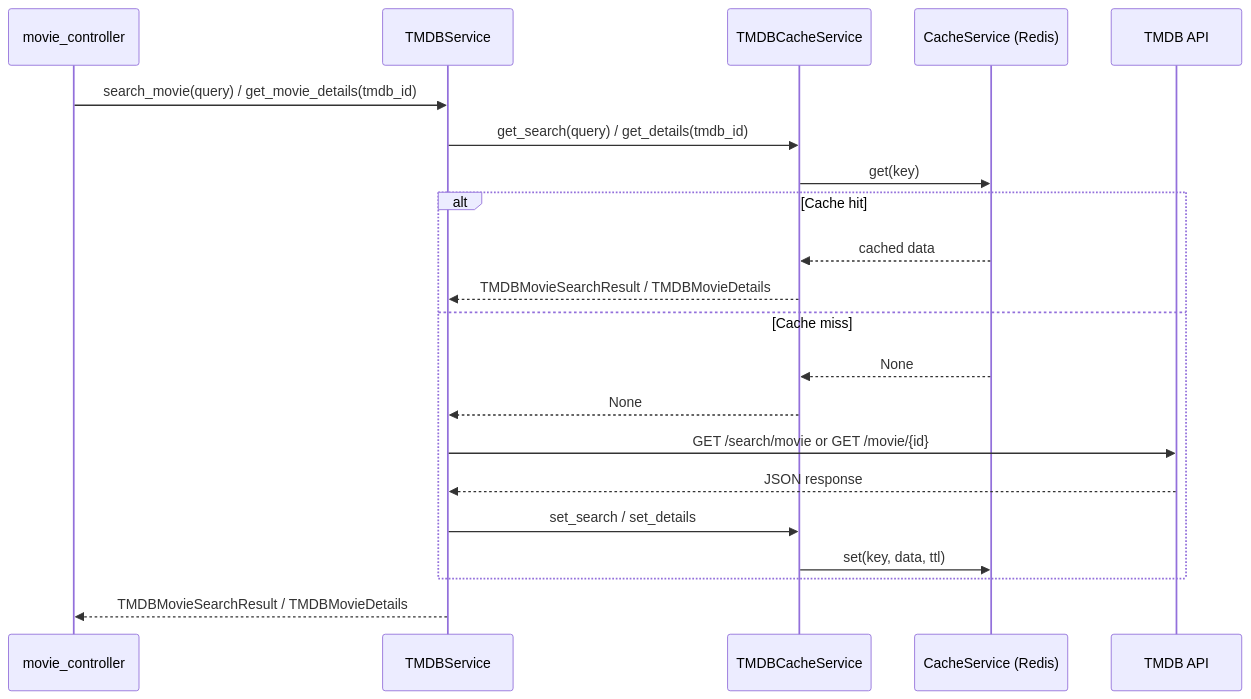
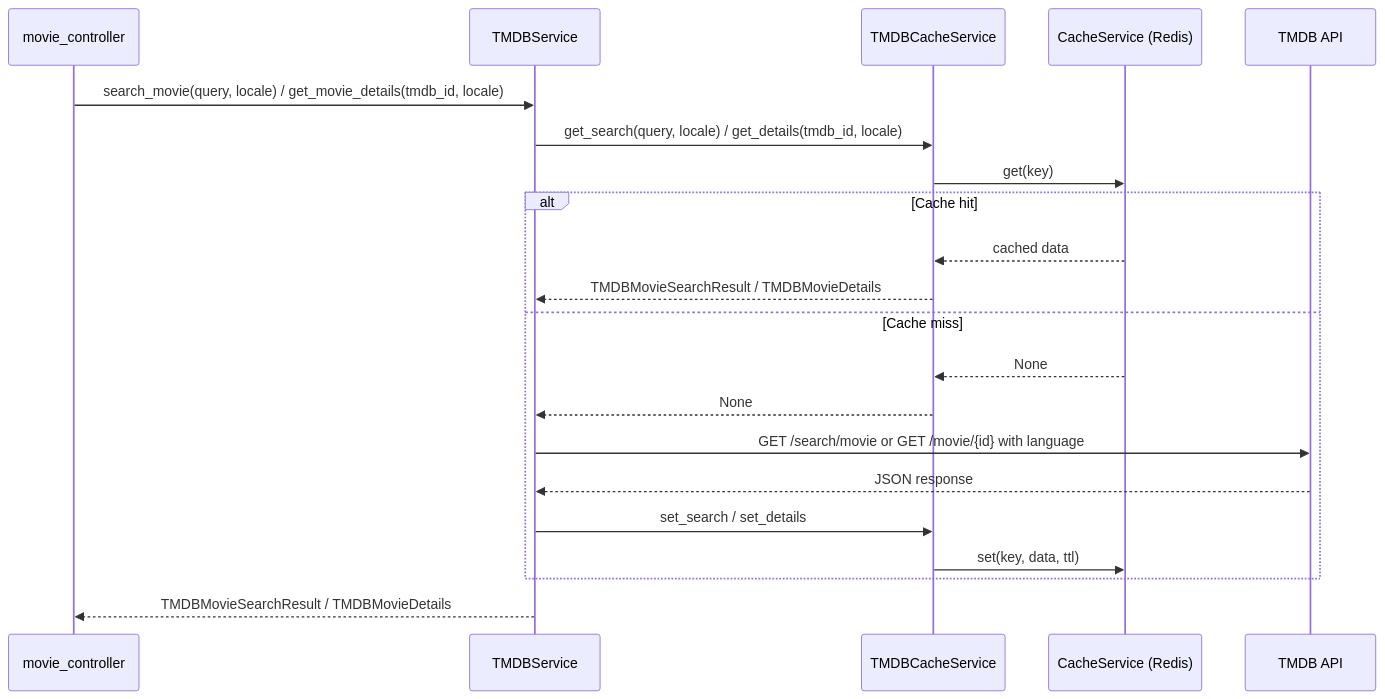
One commit to benincasantonio/cinelog_server changed the first of 2 diagrams in docs/technical/tmdb-service.md. Above: the diagram before and after it, drawn with Mermaid. The commit also changed other lines of this file and 48 other files, not shown here.

Commit message:
feat(localization): persist user locale and localize TMDB

````diff
--- a/docs/technical/tmdb-service.md
+++ b/docs/technical/tmdb-service.md
@@ -33,24 +33,24 @@
 ```mermaid
 sequenceDiagram
     participant Controller as movie_controller
     participant TMDB as TMDBService
     participant Cache as TMDBCacheService
     participant Redis as CacheService (Redis)
     participant API as TMDB API
 
-    Controller->>TMDB: search_movie(query) / get_movie_details(tmdb_id)
-    TMDB->>Cache: get_search(query) / get_details(tmdb_id)
+    Controller->>TMDB: search_movie(query, locale) / get_movie_details(tmdb_id, locale)
+    TMDB->>Cache: get_search(query, locale) / get_details(tmdb_id, locale)
     Cache->>Redis: get(key)
     alt Cache hit
         Redis-->>Cache: cached data
         Cache-->>TMDB: TMDBMovieSearchResult / TMDBMovieDetails
     else Cache miss
         Redis-->>Cache: None
         Cache-->>TMDB: None
-        TMDB->>API: GET /search/movie or GET /movie/{id}
+        TMDB->>API: GET /search/movie or GET /movie/{id} with language
         API-->>TMDB: JSON response
         TMDB->>Cache: set_search / set_details
         Cache->>Redis: set(key, data, ttl)
     end
     TMDB-->>Controller: TMDBMovieSearchResult / TMDBMovieDetails
 ```
````
